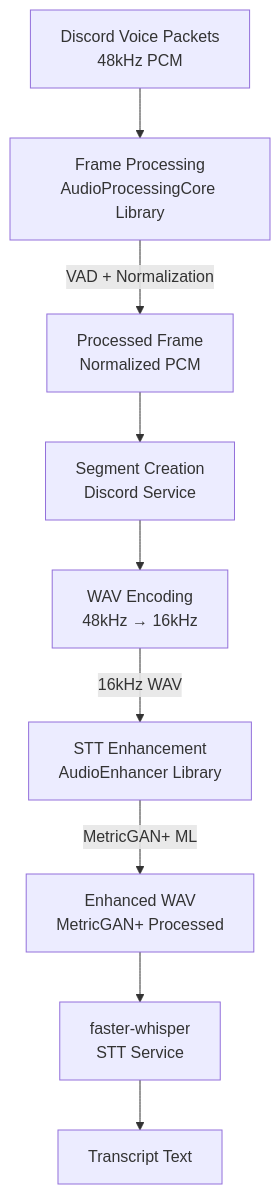
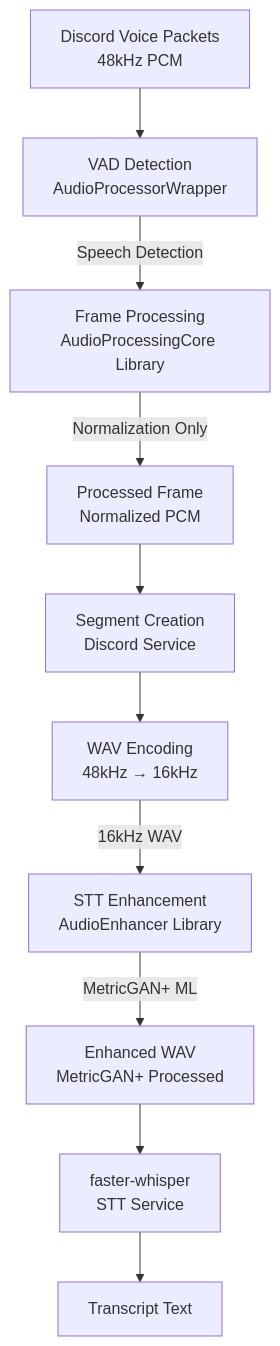
Before and after one commit to gabrielpreston/audio-orchestrator: the diagram in docs/architecture/audio-enhancement-pipeline.md, drawn with Mermaid. The commit also changed other lines of this file and 2 other files, not shown here.

````diff
--- a/docs/architecture/audio-enhancement-pipeline.md
+++ b/docs/architecture/audio-enhancement-pipeline.md
@@ -24,11 +24,12 @@
 ```mermaid
 flowchart TD
-    Discord[Discord Voice Packets<br/>48kHz PCM] --> FrameProc[Frame Processing<br/>AudioProcessingCore Library]
-    FrameProc --> |VAD + Normalization| ProcessedFrame[Processed Frame<br/>Normalized PCM]
+    Discord[Discord Voice Packets<br/>48kHz PCM] --> VAD[VAD Detection<br/>AudioProcessorWrapper]
+    VAD --> |Speech Detection| FrameProc[Frame Processing<br/>AudioProcessingCore Library]
+    FrameProc --> |Normalization Only| ProcessedFrame[Processed Frame<br/>Normalized PCM]
     ProcessedFrame --> Segment[Segment Creation<br/>Discord Service]
     Segment --> WAVEnc[WAV Encoding<br/>48kHz → 16kHz]
     WAVEnc --> |16kHz WAV| STTEnhance[STT Enhancement<br/>AudioEnhancer Library]
     STTEnhance --> |MetricGAN+ ML| EnhancedWAV[Enhanced WAV<br/>MetricGAN+ Processed]
     EnhancedWAV --> Transcription[faster-whisper<br/>STT Service]
     Transcription --> Transcript[Transcript Text]
 ```
````
